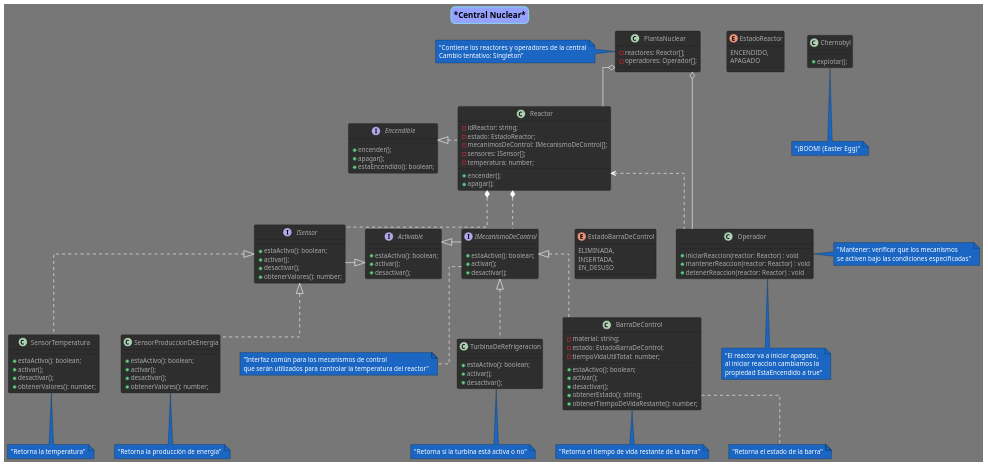
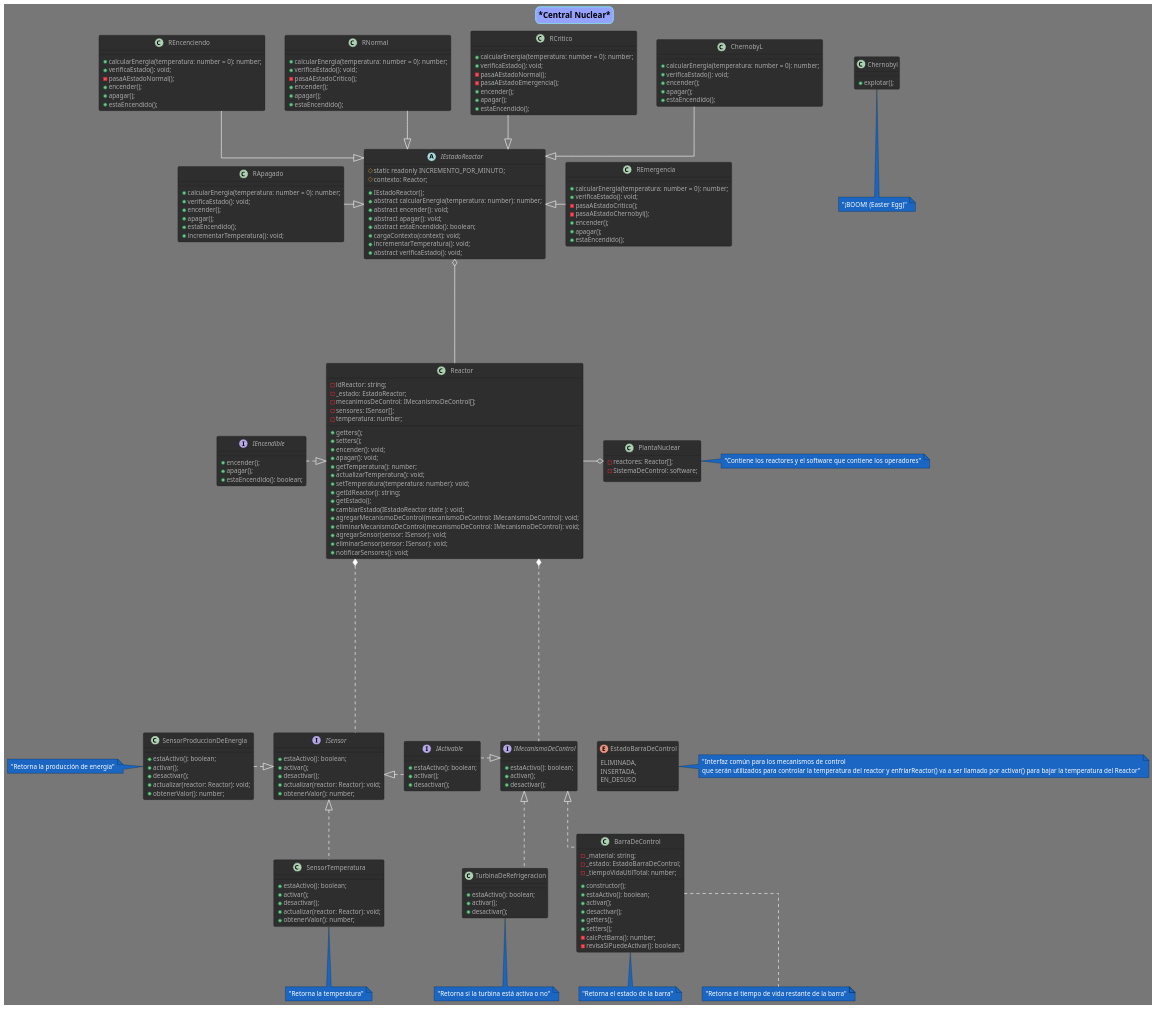
The diagram in Diagramas/CentralNuclear_Clases.puml (fmiguezo/reactor_nuclear), drawn with PlantUML before and after one commit. The commit also changed other lines of this file, not shown here.

Commit message:
Lo que hice fue actualizar el diagrama entero de central nuclear, aparte del que es un conjunto de ambos paquetes

```diff
--- a/Diagramas/CentralNuclear_Clases.puml
+++ b/Diagramas/CentralNuclear_Clases.puml
@@ -14,40 +14,115 @@
 ' Planta nuclear
 class PlantaNuclear {
     - reactores: Reactor[];
-    - operadores: Operador[];
+    - SistemaDeControl: software;
 }
 
 ' Reactor
-class Reactor implements Encendible {
+class Reactor{
     - idReactor: string;
-    - estado: EstadoReactor;
+    - _estado: EstadoReactor;
     - mecanimosDeControl: IMecanismoDeControl[];
     - sensores: ISensor[];
     - temperatura: number;
+    + getters();
+    + setters();
+    + encender(): void;
+    + apagar(): void;
+    + getTemperatura(): number;
+    + actualizarTemperatura(): void;
+    + setTemperatura(temperatura: number): void;
+    + getIdReactor(): string;
+    + getEstado();
+    + cambiarEstado(IEstadoReactor state ): void;
+    + agregarMecanismoDeControl(mecanismoDeControl: IMecanismoDeControl): void;
+    + eliminarMecanismoDeControl(mecanismoDeControl: IMecanismoDeControl): void;
+    + agregarSensor(sensor: ISensor): void;
+    + eliminarSensor(sensor: ISensor): void;
+    + notificarSensores(): void;
+}
+
+abstract class IEstadoReactor {
+    # static readonly INCREMENTO_POR_MINUTO;
+    # contexto: Reactor;
+    + IEstadoReactor();
+    + abstract calcularEnergia(temperatura: number): number;
+    + abstract encender(): void;
+    + abstract apagar(): void;
+    + abstract estaEncendido(): boolean;
+    + cargaContexto(context): void;
+    + incrementarTemperatura(): void;
+    + abstract verificaEstado(): void;
+}
+
+class ChernobyL
+{
+    + calcularEnergia(temperatura: number = 0): number;
+    + verificaEstado(): void;
     + encender();
     + apagar();
+    + estaEncendido();
 }
 
-enum EstadoReactor {
-    ENCENDIDO,
-    APAGADO
+class RApagado
+{
+    + calcularEnergia(temperatura: number = 0): number;
+    + verificaEstado(): void;
+    + encender();
+    + apagar();
+    + estaEncendido();
+    + incrementarTemperatura(): void;
 }
 
-' Operador
-class Operador {
-    + iniciarReaccion(reactor: Reactor) : void
-    + mantenerReaccion(reactor: Reactor) : void
-    + detenerReaccion(reactor: Reactor) : void
+class RCritico
+{
+    + calcularEnergia(temperatura: number = 0): number;
+    + verificaEstado(): void;
+    - pasaAEstadoNormal();
+    - pasaAEstadoEmergencia();
+    + encender();
+    + apagar();
+    + estaEncendido();
+}
+
+class REmergencia
+{
+    + calcularEnergia(temperatura: number = 0): number;
+    + verificaEstado(): void;
+    - pasaAEstadoCritico();
+    - pasaAEstadoChernobyl();
+    + encender();
+    + apagar();
+    + estaEncendido();
+}
+
+class REncenciendo
+{
+    + calcularEnergia(temperatura: number = 0): number;
+    + verificaEstado(): void;
+    - pasaAEstadoNormal();
+    + encender();
+    + apagar();
+    + estaEncendido();
+}
+
+class RNormal
+{
+    + calcularEnergia(temperatura: number = 0): number;
+    + verificaEstado(): void;
+    - pasaAEstadoCritico();
+    + encender();
+    + apagar();
+    + estaEncendido();
 }
 
 'Interfaces generales
-interface Encendible {
+interface IEncendible {
     + encender();
     + apagar();
     + estaEncendido(): boolean;
 }
 
-interface Activable {
+interface IActivable {
     + estaActivo(): boolean;
     + activar();
     + desactivar();
@@ -55,31 +130,34 @@
 
 
 'Sensores
-interface ISensor implements Activable {
+interface ISensor{
     + estaActivo(): boolean;
     + activar();
     + desactivar();
-    + obtenerValores(): number;
+    + actualizar(reactor: Reactor): void;
+    + obtenerValor(): number;
 }
 
-class SensorTemperatura implements ISensor {
+class SensorTemperatura{
     ' lee en °C
     + estaActivo(): boolean;
     + activar();
     + desactivar();
-    + obtenerValores(): number;
+    + actualizar(reactor: Reactor): void;
+    + obtenerValor(): number;
 }
 
-class SensorProduccionDeEnergia implements ISensor {
+class SensorProduccionDeEnergia {
     ' lee en watts
     + estaActivo(): boolean;
     + activar();
     + desactivar();
-    + obtenerValores(): number;
+    + actualizar(reactor: Reactor): void;
+    + obtenerValor(): number;
 }
 
 ' Mecanismos de control
-interface IMecanismoDeControl implements Activable {
+interface IMecanismoDeControl{
     + estaActivo(): boolean;
     + activar();
     + desactivar();
@@ -87,16 +165,20 @@
 
 '' Barra de control
 class BarraDeControl implements IMecanismoDeControl {
-    - material: string;
-    - estado: EstadoBarraDeControl;
-    - tiempoVidaUtilTotal: number;
+    - _material: string;
+    - _estado: EstadoBarraDeControl;
+    - _tiempoVidaUtilTotal: number;
+    + constructor();
     + estaActivo(): boolean;
     'insertar barra
-    + activar(); 
+    + activar();
     ' quitar barra
-    + desactivar(); 
-    + obtenerEstado(): string;
-    + obtenerTiempoDeVidaRestante(): number;
+    + desactivar();
+    + getters();
+    + setters();
+    - calcPctBarra(): number;
+    - revisaSiPuedeActivar(): boolean;
+
 }
 
 enum EstadoBarraDeControl {
@@ -108,8 +190,8 @@
 '' Turbina de refrigeración
 class TurbinaDeRefrigeracion implements IMecanismoDeControl {
     + estaActivo(): boolean;
-    + activar(); 
-    + desactivar(); 
+    + activar();
+    + desactivar();
 }
 
 
@@ -120,28 +202,33 @@
 }
 
 'Relaciones
-Reactor -u-o PlantaNuclear
-Operador -l-o PlantaNuclear
-Reactor *.. ISensor
-Reactor *.. IMecanismoDeControl
-Reactor -[hidden]l- Encendible
-Activable -[hidden]r- IMecanismoDeControl
-Activable -[hidden]l- ISensor
-Reactor <.. Operador
-EstadoBarraDeControl -[hidden]d- BarraDeControl
-
+Reactor -r-o PlantaNuclear
+Reactor *..... ISensor
+Reactor *...... IMecanismoDeControl
+IActivable -[hidden]r- IMecanismoDeControl
+IActivable -[hidden]l- ISensor
+IEstadoReactor o---- Reactor
+IEstadoReactor  <|-u- ChernobyL
+IEstadoReactor  <|-u- RCritico
+IEstadoReactor  <|-r- REmergencia
+IEstadoReactor  <|-u- RNormal
+IEstadoReactor  <|-u- REncenciendo
+IEstadoReactor  <|-l- RApagado
+Reactor  <|.l. IEncendible
+ISensor <|.l. SensorProduccionDeEnergia
+ISensor <|.. SensorTemperatura
+ISensor <|........ IActivable
+IMecanismoDeControl <|........ IActivable
+EstadoBarraDeControl o-l[hidden]- IMecanismoDeControl
 
 
 'Notas
-note right of Operador: "Mantener: verificar que los mecanismos \nse activen bajo las condiciones especificadas"
-note bottom of Operador: "El reactor va a iniciar apagado, \nal iniciar reaccion cambiamos la \npropiedad EstaEncendido a true"
 note bottom of SensorTemperatura: "Retorna la temperatura"
-note bottom of SensorProduccionDeEnergia: "Retorna la producción de energía"
+note left of SensorProduccionDeEnergia: "Retorna la producción de energía"
 note bottom of BarraDeControl: "Retorna el estado de la barra"
 note bottom of BarraDeControl: "Retorna el tiempo de vida restante de la barra"
 note bottom of TurbinaDeRefrigeracion: "Retorna si la turbina está activa o no"
-note bottom of IMecanismoDeControl: "Interfaz común para los mecanismos de control\nque serán utilizados para controlar la temperatura del reactor"
 note bottom of Chernobyl: "¡BOOM! (Easter Egg)"
-note left of PlantaNuclear: "Contiene los reactores y operadores de la central\nCambio tentativo: Singleton"
-
+note right of PlantaNuclear: "Contiene los reactores y el software que contiene los operadores"
+note right of EstadoBarraDeControl: "Interfaz común para los mecanismos de control\nque serán utilizados para controlar la temperatura del reactor y enfriarReactor() va a ser llamado por activar() para bajar la temperatura del Reactor"
 @enduml
```
